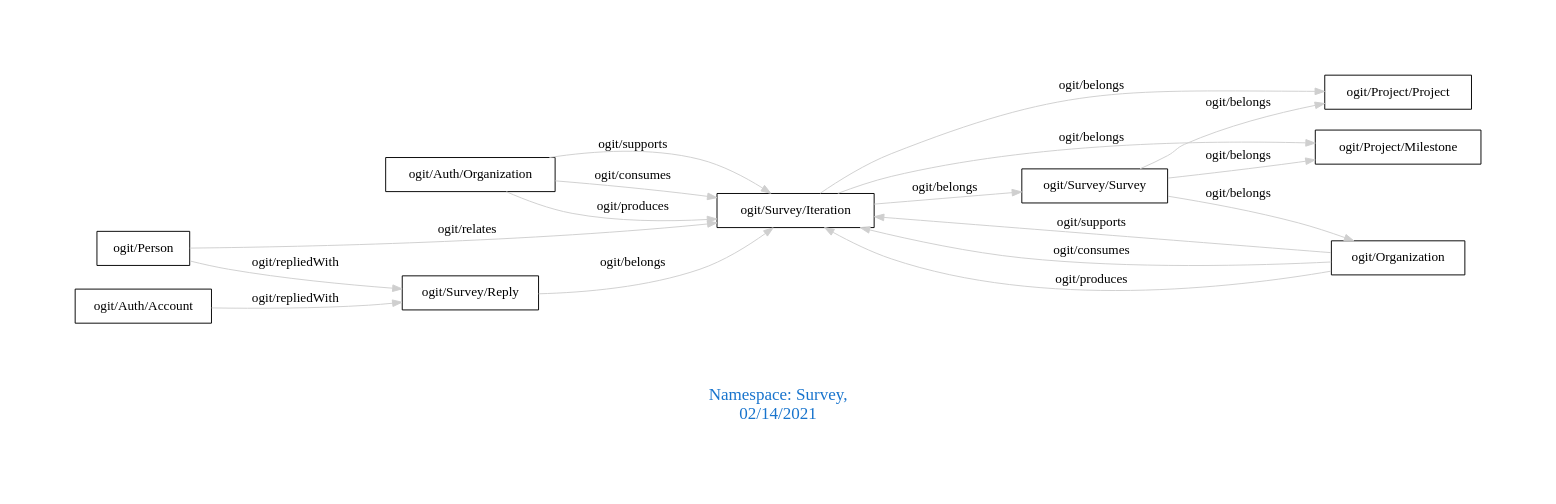
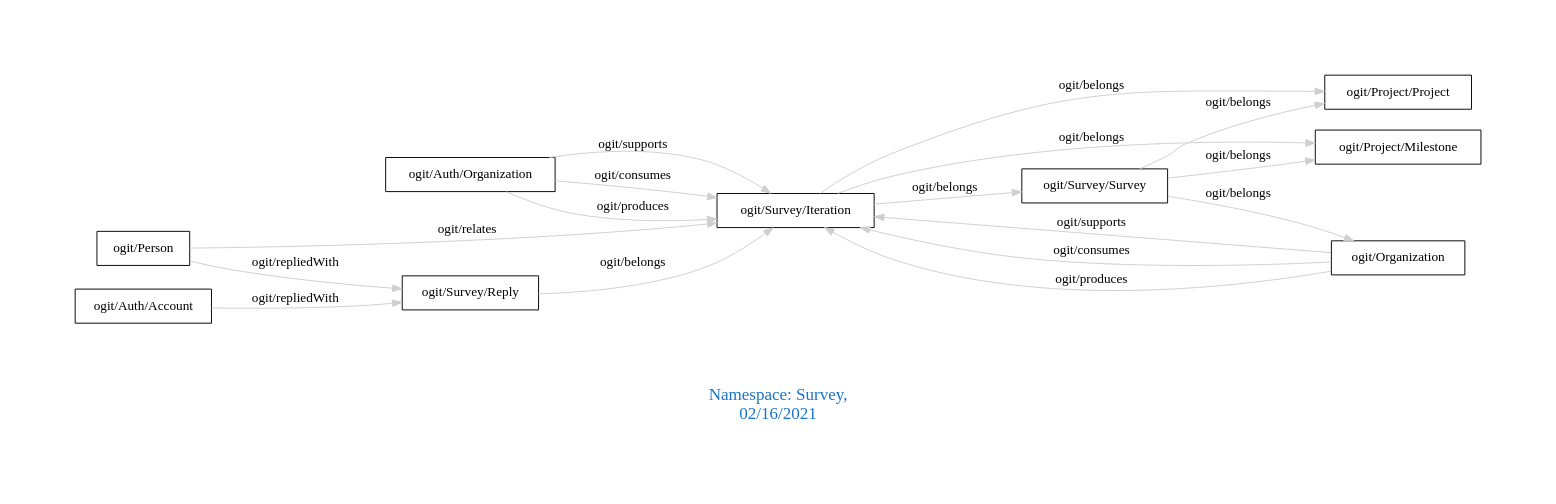
One commit to arago/OGIT changed the diagram in downloads/Survey.dot. Above: the diagram before and after it, drawn with Graphviz. The commit also changed 1855 other files, not shown here.

```diff
--- a/downloads/Survey.dot
+++ b/downloads/Survey.dot
@@ -1,24 +1,24 @@
 digraph OGIT_ontology {
  graph [ rankdir= LR,pad=1 
 fontsize = 18,
-fontcolor= dodgerblue3,label = "\n\n\nNamespace: Survey, \n 02/14/2021"];
+fontcolor= dodgerblue3,label = "\n\n\nNamespace: Survey, \n 02/16/2021"];
 node[shape=polygon];
 edge [  color="gray81"];
 
    "ogit/Auth/Organization" -> "ogit/Survey/Iteration" [label="   ogit/supports    "];
    "ogit/Organization" -> "ogit/Survey/Iteration" [label="   ogit/supports    "];
    "ogit/Auth/Organization" -> "ogit/Survey/Iteration" [label="   ogit/consumes    "];
    "ogit/Organization" -> "ogit/Survey/Iteration" [label="   ogit/consumes    "];
    "ogit/Auth/Organization" -> "ogit/Survey/Iteration" [label="   ogit/produces    "];
    "ogit/Organization" -> "ogit/Survey/Iteration" [label="   ogit/produces    "];
    "ogit/Survey/Iteration" -> "ogit/Project/Milestone" [label="   ogit/belongs    "];
    "ogit/Survey/Iteration" -> "ogit/Project/Project" [label="   ogit/belongs    "];
    "ogit/Survey/Iteration" -> "ogit/Survey/Survey" [label="   ogit/belongs    "];
    "ogit/Survey/Reply" -> "ogit/Survey/Iteration" [label="   ogit/belongs    "];
    "ogit/Survey/Survey" -> "ogit/Organization" [label="   ogit/belongs    "];
    "ogit/Survey/Survey" -> "ogit/Project/Milestone" [label="   ogit/belongs    "];
    "ogit/Survey/Survey" -> "ogit/Project/Project" [label="   ogit/belongs    "];
    "ogit/Auth/Account" -> "ogit/Survey/Reply" [label="   ogit/repliedWith    "];
    "ogit/Person" -> "ogit/Survey/Reply" [label="   ogit/repliedWith    "];
    "ogit/Person" -> "ogit/Survey/Iteration" [label="   ogit/relates    "];
 }
```
